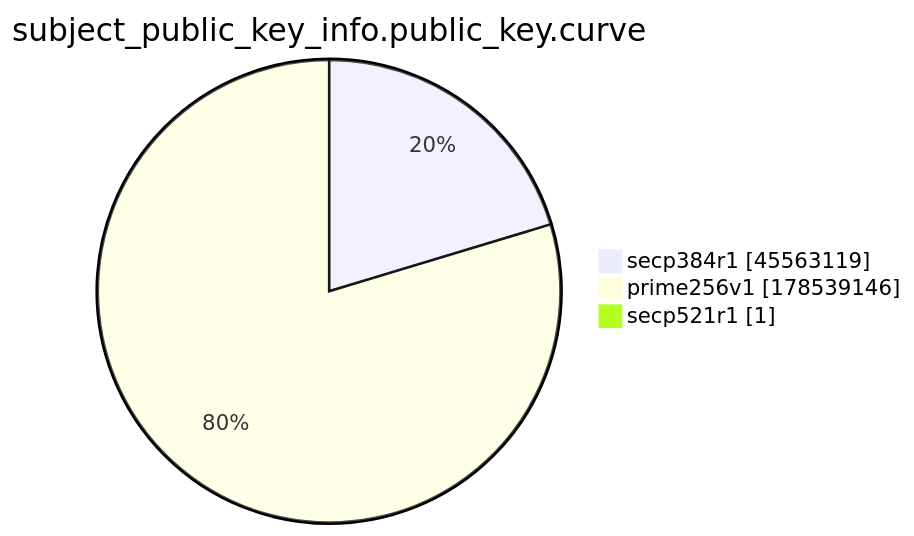
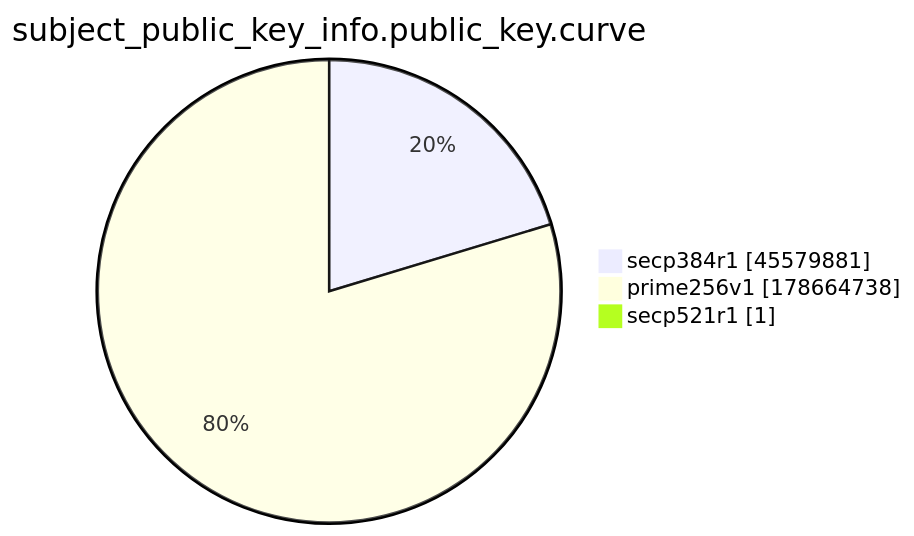
One commit to christiankrug/ctmonitor_visualization changed the ninth of 15 diagrams in xenon2022/README.md. Above: the diagram before and after it, drawn with Mermaid. The commit also changed other lines of this file, not shown here.

````diff
--- a/xenon2022/README.md
+++ b/xenon2022/README.md
@@ -2873,7 +2873,7 @@
 ```mermaid
 pie showData
 title subject_public_key_info.public_key.curve
-"secp384r1" :45563119
-"prime256v1" :178539146
+"secp384r1" :45579881
+"prime256v1" :178664738
 "secp521r1" :1
 ```
````
